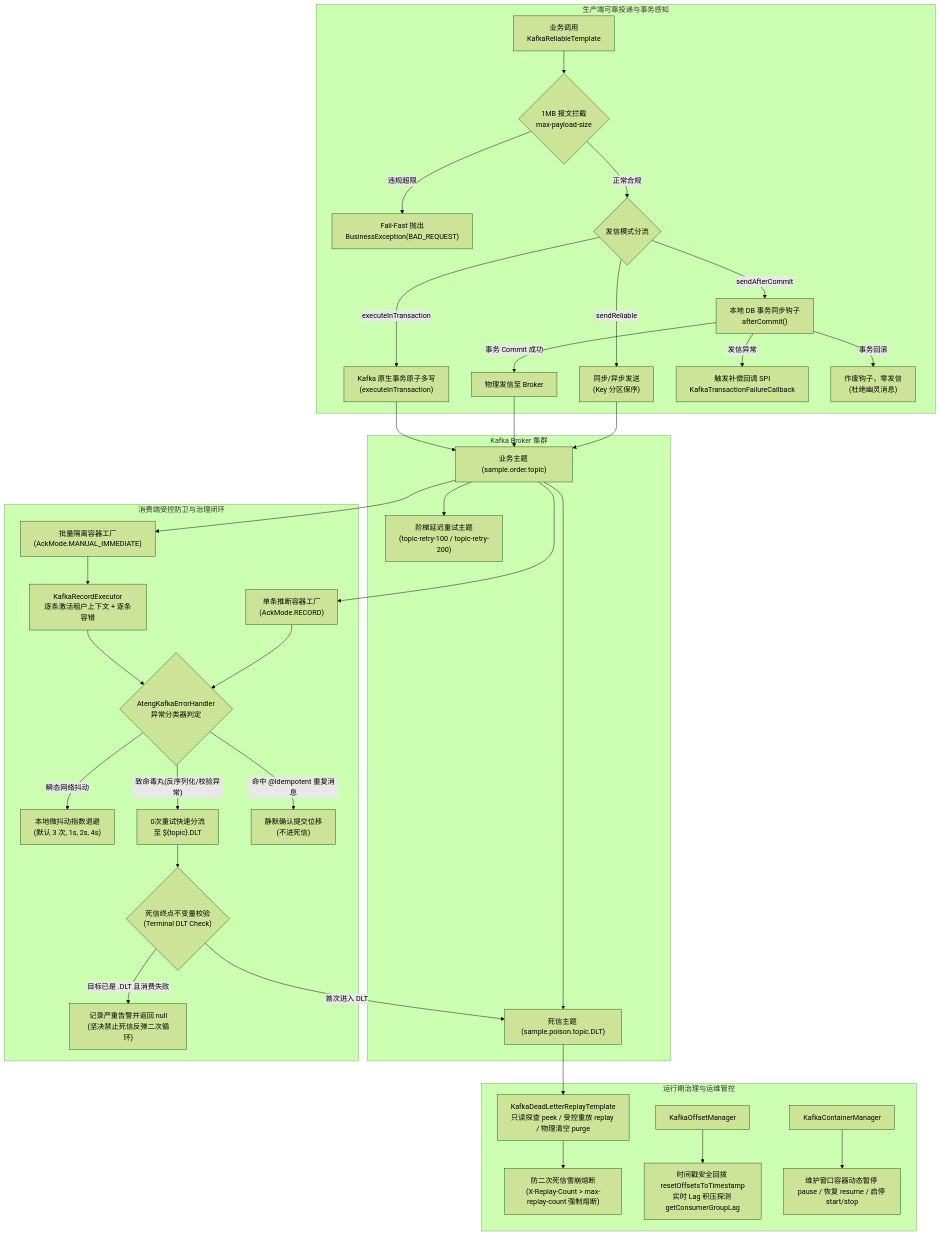
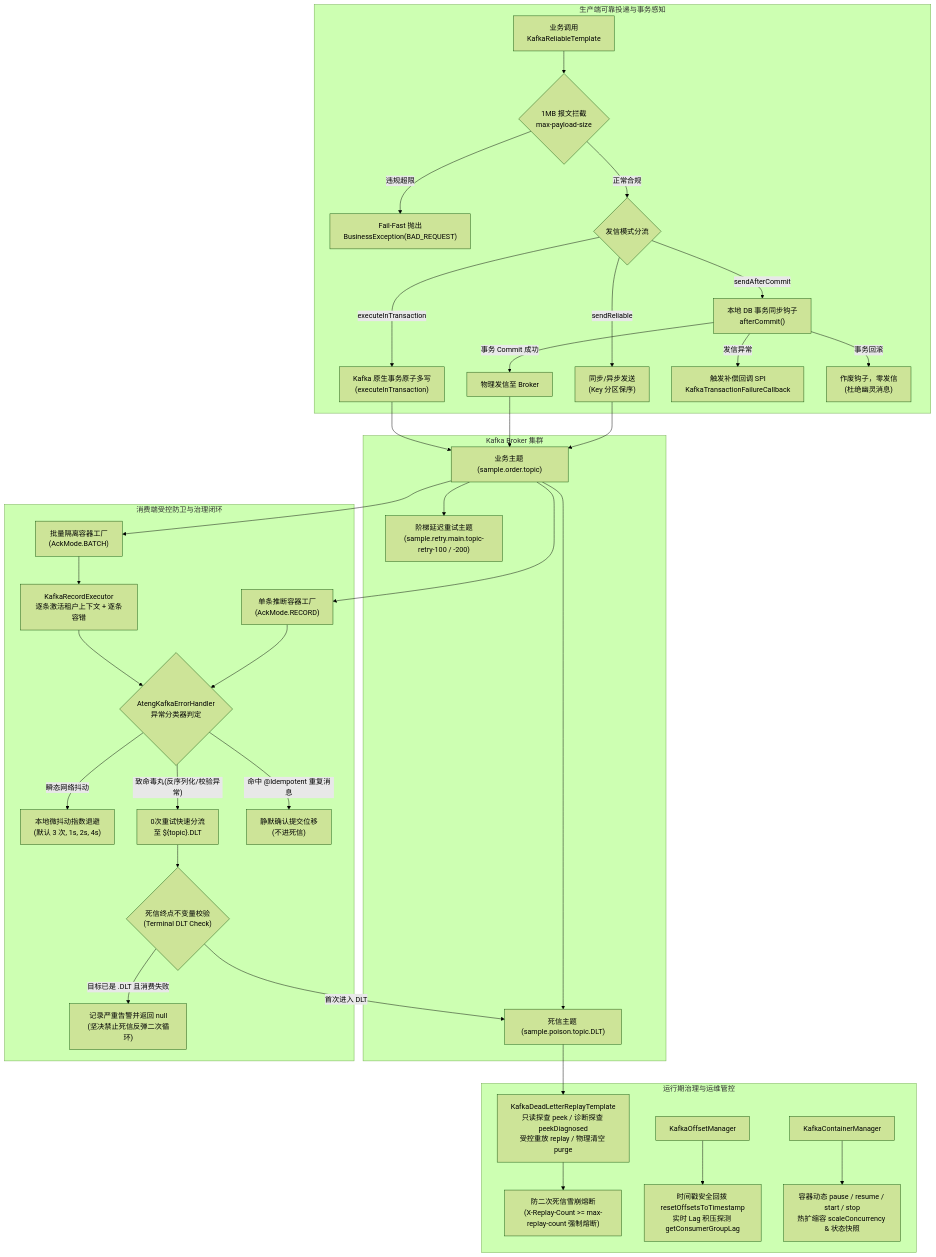
Before and after one commit to atengk/ateng-boot: the diagram in ateng-boot-kafka/README.md, drawn with Mermaid (forest theme). The commit also changed other lines of this file and 5 other files, not shown here.

First line of the commit message:
docs(kafka): 修复 4 处 Kafka 契约漂移并完成 Sample-First 五维文档 1:1 逆向同步

````diff
--- a/ateng-boot-kafka/README.md
+++ b/ateng-boot-kafka/README.md
@@ -120,40 +132,40 @@
 ```mermaid
 flowchart TD
     subgraph ProducerSide["生产端可靠投递与事务感知"]
         P1["业务调用<br>KafkaReliableTemplate"] --> P2{"1MB 报文拦截<br>max-payload-size"}
         P2 -- 违规超限 --> PF["Fail-Fast 抛出<br>BusinessException(BAD_REQUEST)"]
         P2 -- 正常合规 --> P3{"发信模式分流"}
         P3 -- sendReliable --> PSync["同步/异步发送<br>(Key 分区保序)"]
         P3 -- sendAfterCommit --> PTx["本地 DB 事务同步钩子<br>afterCommit()"]
         P3 -- executeInTransaction --> PDist["Kafka 原生事务原子多写<br>(executeInTransaction)"]
         PTx -- 事务 Commit 成功 --> PNet["物理发信至 Broker"]
         PTx -- 发信异常 --> PComp["触发补偿回调 SPI<br>KafkaTransactionFailureCallback"]
         PTx -- 事务回滚 --> PNull["作废钩子，零发信<br>(杜绝幽灵消息)"]
     end
 
     subgraph BrokerSide["Kafka Broker 集群"]
         PSync & PNet & PDist --> MT["业务主题 (sample.order.topic)"]
         MT --> DLT["死信主题 (sample.poison.topic.DLT)"]
-        MT --> RT["阶梯延迟重试主题<br>(topic-retry-100 / topic-retry-200)"]
+        MT --> RT["阶梯延迟重试主题<br>(sample.retry.main.topic-retry-100 / -200)"]
     end
 
     subgraph ConsumerSide["消费端受控防卫与治理闭环"]
         MT --> CF1["单条推断容器工厂<br>(AckMode.RECORD)"]
-        MT --> CF2["批量隔离容器工厂<br>(AckMode.MANUAL_IMMEDIATE)"]
+        MT --> CF2["批量隔离容器工厂<br>(AckMode.BATCH)"]
         CF2 --> KRE["KafkaRecordExecutor<br>逐条激活租户上下文 + 逐条容错"]
         CF1 & KRE --> EH{"AtengKafkaErrorHandler<br>异常分类器判定"}
         EH -- 瞬态网络抖动 --> LRet["本地微抖动指数退避<br>(默认 3 次, 1s, 2s, 4s)"]
         EH -- 致命毒丸(反序列化/校验异常) --> DFW["0次重试快速分流<br>至 ${topic}.DLT"]
         EH -- 命中 @Idempotent 重复消息 --> SC["静默确认提交位移<br>(不进死信)"]
         DFW --> TDGuard{"死信终点不变量校验<br>(Terminal DLT Check)"}
         TDGuard -- 目标已是 .DLT 且消费失败 --> TStop["记录严重告警并返回 null<br>(坚决禁止死信反弹二次循环)"]
         TDGuard -- 首次进入 DLT --> DLT
     end
 
     subgraph GovernanceSide["运行期治理与运维管控"]
-        DLT --> KDLR["KafkaDeadLetterReplayTemplate<br>只读探查 peek / 受控重放 replay / 物理清空 purge"]
-        KDLR --> AntiA["防二次死信雪崩熔断<br>(X-Replay-Count > max-replay-count 强制熔断)"]
+        DLT --> KDLR["KafkaDeadLetterReplayTemplate<br>只读探查 peek / 诊断探查 peekDiagnosed<br>受控重放 replay / 物理清空 purge"]
+        KDLR --> AntiA["防二次死信雪崩熔断<br>(X-Replay-Count >= max-replay-count 强制熔断)"]
         KOM["KafkaOffsetManager"] --> OffGov["时间戳安全回拨 resetOffsetsToTimestamp<br>实时 Lag 积压探测 getConsumerGroupLag"]
-        KCM["KafkaContainerManager"] --> FlowGov["维护窗口容器动态暂停 pause / 恢复 resume / 启停 start/stop"]
+        KCM["KafkaContainerManager"] --> FlowGov["容器动态 pause / resume / start / stop<br>热扩缩容 scaleConcurrency & 状态快照"]
     end
 ```
````
